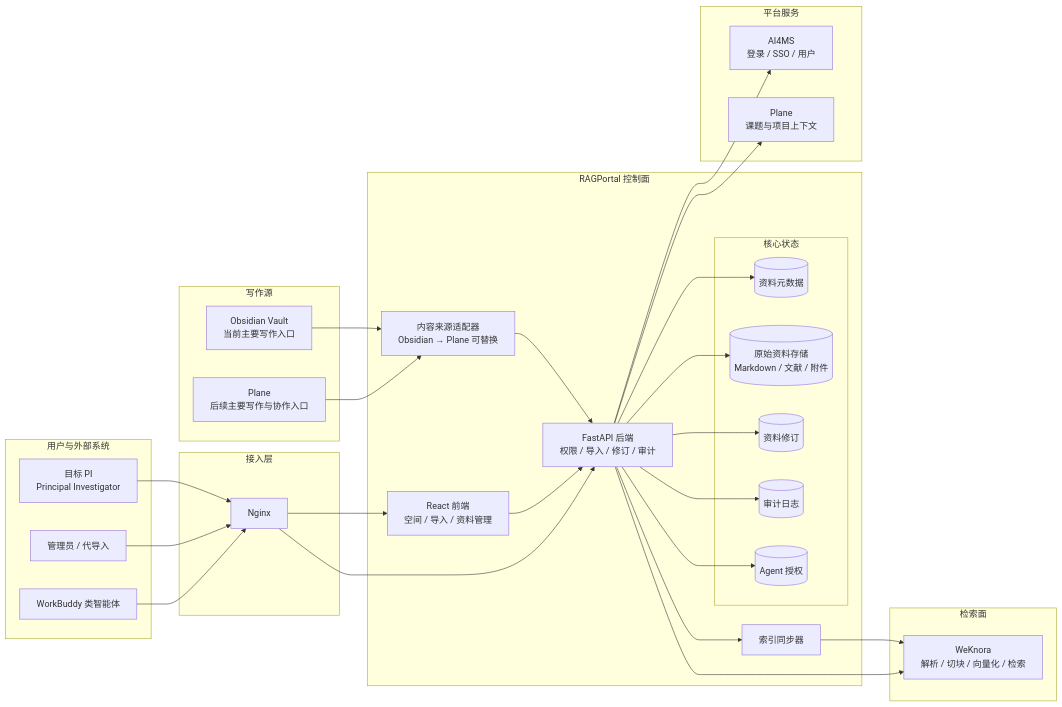
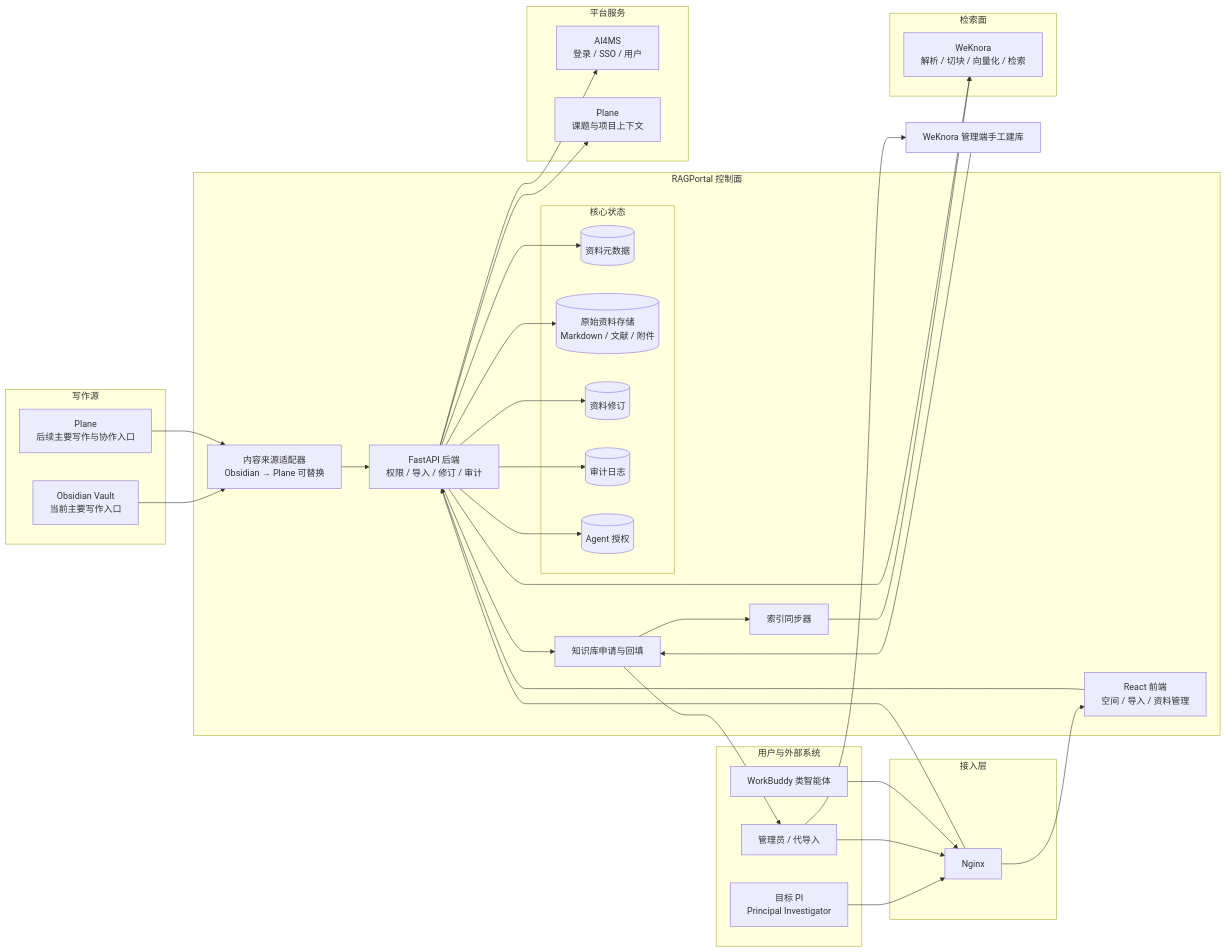
One commit to SynlysAI/RAGPortal changed the first of 4 diagrams in docs/specs/2026-09-24-pi-private-knowledge-space-prd.md. Above: the diagram before and after it, drawn with Mermaid. The commit also changed other lines of this file, not shown here.

````diff
--- a/docs/specs/2026-09-24-pi-private-knowledge-space-prd.md
+++ b/docs/specs/2026-09-24-pi-private-knowledge-space-prd.md
@@ -286,65 +317,71 @@
 ```mermaid
 flowchart LR
     subgraph Authoring[写作源]
         Obsidian[Obsidian Vault<br/>当前主要写作入口]
         Plane[Plane<br/>后续主要写作与协作入口]
     end
 
     subgraph Clients[用户与外部系统]
         PI[目标 PI<br/>Principal Investigator]
         Admin[管理员 / 代导入]
         WorkBuddy[WorkBuddy 类智能体]
     end
 
     subgraph Edge[接入层]
         Nginx[Nginx]
     end
 
     subgraph RAGPortal[RAGPortal 控制面]
         Frontend[React 前端<br/>空间 / 导入 / 资料管理]
         Backend[FastAPI 后端<br/>权限 / 导入 / 修订 / 审计]
         SourceAdapter[内容来源适配器<br/>Obsidian → Plane 可替换]
 
         subgraph State[核心状态]
             Metadata[(资料元数据)]
             Vault[(原始资料存储<br/>Markdown / 文献 / 附件)]
             Revisions[(资料修订)]
             Audit[(审计日志)]
             AgentTokens[(Agent 授权)]
         end
 
         IndexSync[索引同步器]
+        KBRequest[知识库申请与回填]
     end
 
     subgraph Platform[平台服务]
         AI4MS[AI4MS<br/>登录 / SSO / 用户]
         PlaneContext[Plane<br/>课题与项目上下文]
     end
 
     subgraph Retrieval[检索面]
         WeKnora[WeKnora<br/>解析 / 切块 / 向量化 / 检索]
     end
 
     Obsidian --> SourceAdapter
     Plane --> SourceAdapter
     SourceAdapter --> Backend
 
     PI --> Nginx
     Admin --> Nginx
     WorkBuddy --> Nginx
 
     Nginx --> Frontend --> Backend
     Nginx --> Backend
 
     Backend --> AI4MS
     Backend --> PlaneContext
 
     Backend --> Metadata
     Backend --> Vault
     Backend --> Revisions
     Backend --> Audit
     Backend --> AgentTokens
 
-    Backend --> IndexSync --> WeKnora
+    Backend --> KBRequest
+    KBRequest --> Admin
+    Admin --> WeKnoraAdmin[WeKnora 管理端手工建库]
+    WeKnoraAdmin --> KBRequest
+    KBRequest --> IndexSync
+    IndexSync --> WeKnora
     Backend --> WeKnora
 ```
````
